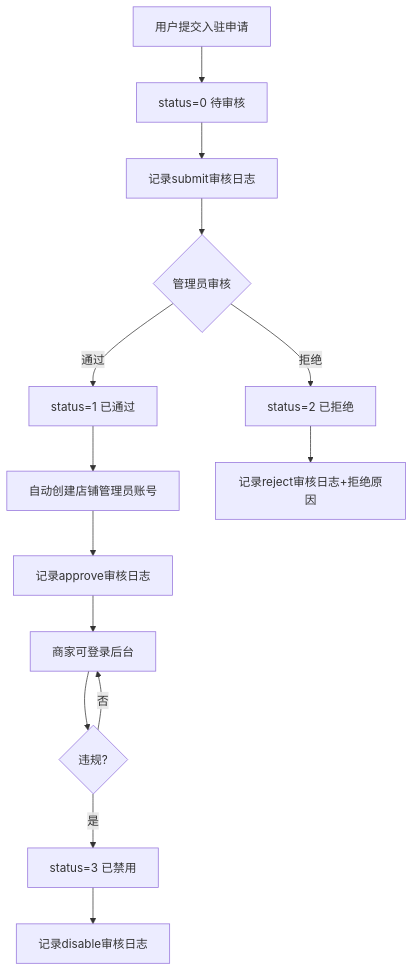
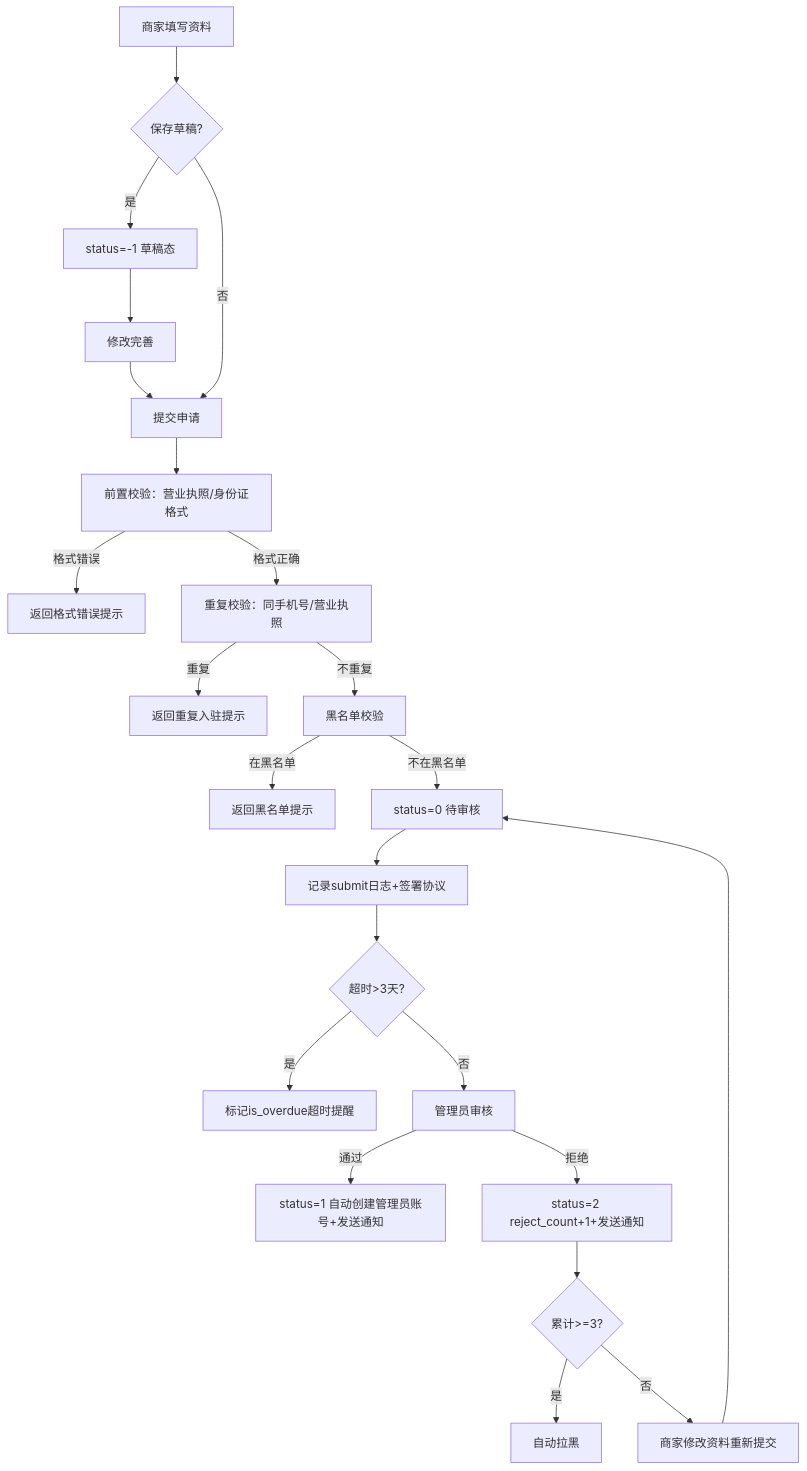
One commit to aliquanhou/tllos-mall changed the diagram in backend/resources/docs/modules/merchant/list.md. Above: the diagram before and after it, drawn with Mermaid. The commit also changed other lines of this file and 1 other file, not shown here.

````diff
--- a/backend/resources/docs/modules/merchant/list.md
+++ b/backend/resources/docs/modules/merchant/list.md
@@ -118,16 +185,25 @@
 ```mermaid
 flowchart TD
-    A[用户提交入驻申请] --> B[status=0 待审核]
-    B --> C[记录submit审核日志]
-    C --> D{管理员审核}
-    D -->|通过| E[status=1 已通过]
-    D -->|拒绝| F[status=2 已拒绝]
-    E --> G[自动创建店铺管理员账号]
-    G --> H[记录approve审核日志]
-    H --> I[商家可登录后台]
-    F --> J[记录reject审核日志+拒绝原因]
-    I --> K{违规?}
-    K -->|是| L[status=3 已禁用]
-    K -->|否| I
-    L --> M[记录disable审核日志]
+    A[商家填写资料] --> B{保存草稿?}
+    B -->|是| C[status=-1 草稿态]
+    C --> D[修改完善]
+    D --> E[提交申请]
+    B -->|否| E
+    E --> F[前置校验：营业执照/身份证格式]
+    F -->|格式错误| F1[返回格式错误提示]
+    F -->|格式正确| G[重复校验：同手机号/营业执照]
+    G -->|重复| G1[返回重复入驻提示]
+    G -->|不重复| H[黑名单校验]
+    H -->|在黑名单| H1[返回黑名单提示]
+    H -->|不在黑名单| I[status=0 待审核]
+    I --> J[记录submit日志+签署协议]
+    J --> K{超时>3天?}
+    K -->|是| L[标记is_overdue超时提醒]
+    K -->|否| M[管理员审核]
+    M -->|通过| N[status=1 自动创建管理员账号+发送通知]
+    M -->|拒绝| O[status=2 reject_count+1+发送通知]
+    O --> P{累计>=3?}
+    P -->|是| Q[自动拉黑]
+    P -->|否| R[商家修改资料重新提交]
+    R --> I
 ```
````
